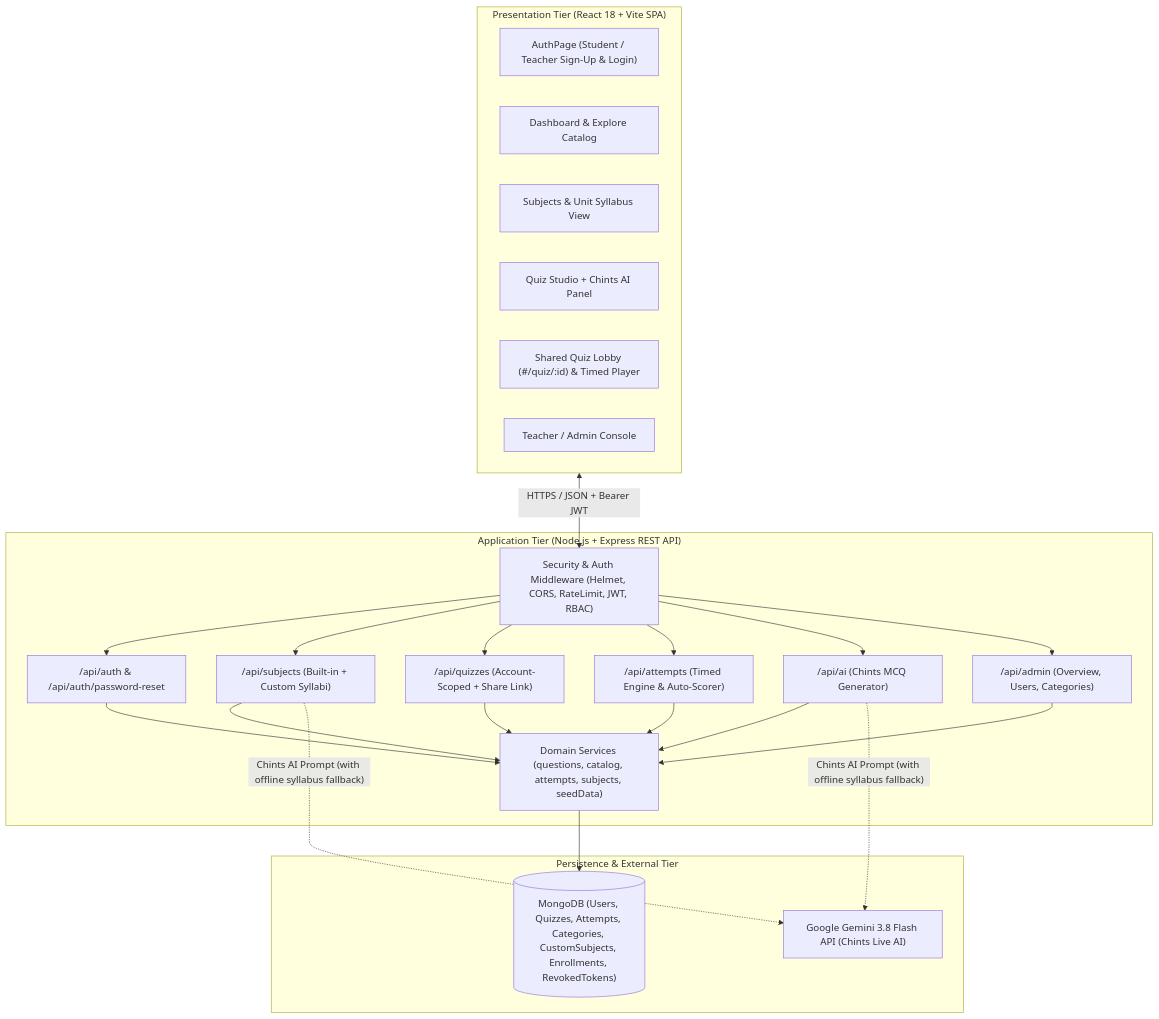
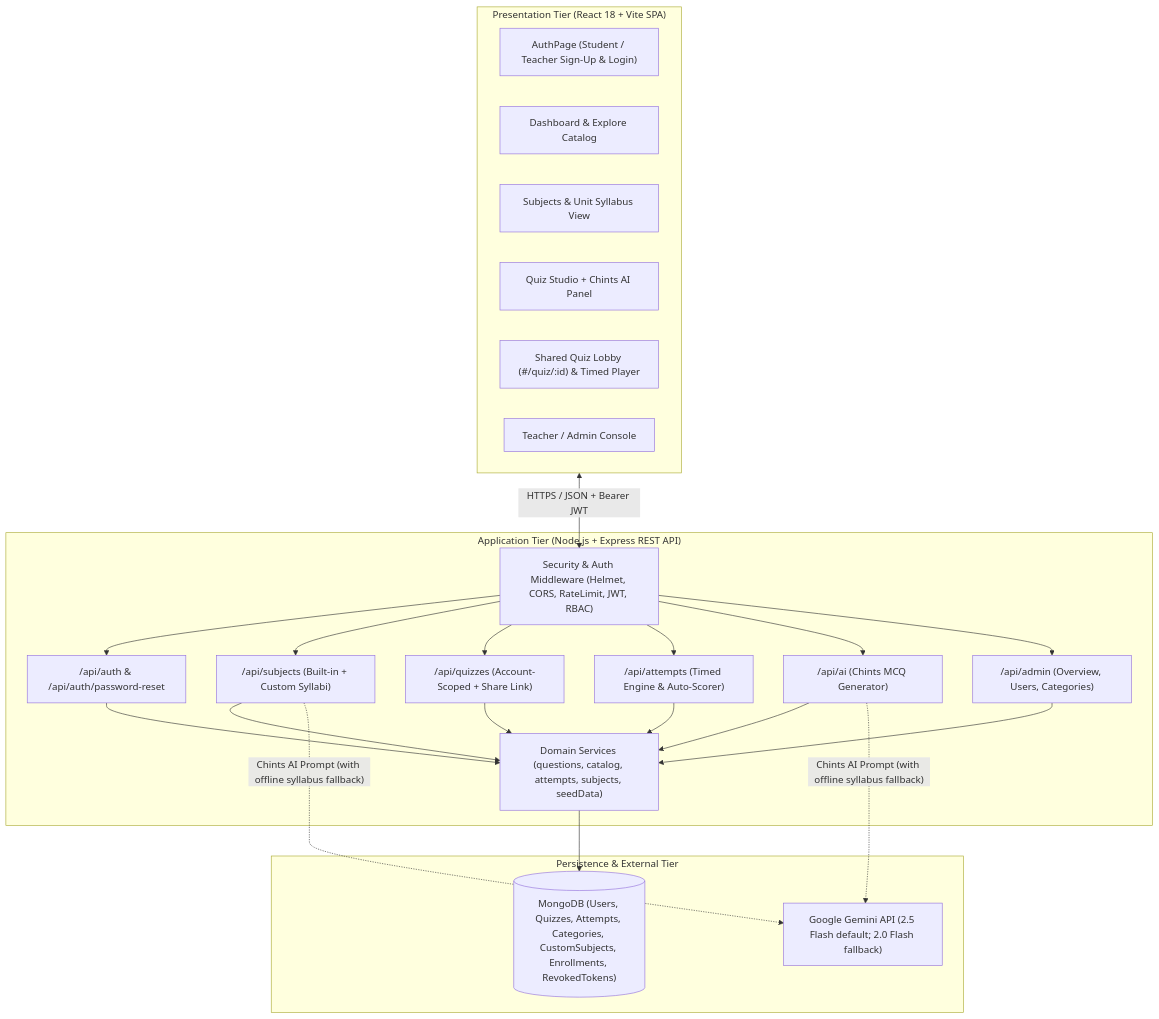
One commit to SamatmaAB/Online-Quiz-SE-Project changed the first of 3 diagrams in docs/SAD_Software_Architecture_and_Design.md. Above: the diagram before and after it, drawn with Mermaid. The commit also changed other lines of this file and 11 other files, not shown here.

````diff
--- a/docs/SAD_Software_Architecture_and_Design.md
+++ b/docs/SAD_Software_Architecture_and_Design.md
@@ -26,33 +26,33 @@
 ```mermaid
 flowchart TB
   subgraph Client["Presentation Tier (React 18 + Vite SPA)"]
     AuthUI["AuthPage (Student / Teacher Sign-Up & Login)"]
     DashUI["Dashboard & Explore Catalog"]
     SubjUI["Subjects & Unit Syllabus View"]
     StudioUI["Quiz Studio + Chints AI Panel"]
     ShareUI["Shared Quiz Lobby (#/quiz/:id) & Timed Player"]
     AdminUI["Teacher / Admin Console"]
   end
 
   subgraph Server["Application Tier (Node.js + Express REST API)"]
     MW["Security & Auth Middleware (Helmet, CORS, RateLimit, JWT, RBAC)"]
     AuthRoute["/api/auth & /api/auth/password-reset"]
     SubjRoute["/api/subjects (Built-in + Custom Syllabi)"]
     QuizRoute["/api/quizzes (Account-Scoped + Share Link)"]
     AttRoute["/api/attempts (Timed Engine & Auto-Scorer)"]
     AiRoute["/api/ai (Chints MCQ Generator)"]
     AdminRoute["/api/admin (Overview, Users, Categories)"]
     Services["Domain Services (questions, catalog, attempts, subjects, seedData)"]
   end
 
   subgraph Data["Persistence & External Tier"]
     Mongo[("MongoDB (Users, Quizzes, Attempts, Categories, CustomSubjects, Enrollments, RevokedTokens)")]
-    Gemini["Google Gemini 3.8 Flash API (Chints Live AI)"]
+    Gemini["Google Gemini API (2.5 Flash default; 2.0 Flash fallback)"]
   end
 
   Client <-->|"HTTPS / JSON + Bearer JWT"| MW
   MW --> AuthRoute & SubjRoute & QuizRoute & AttRoute & AiRoute & AdminRoute
   AuthRoute & SubjRoute & QuizRoute & AttRoute & AiRoute & AdminRoute --> Services
   Services --> Mongo
   AiRoute & SubjRoute -.->|"Chints AI Prompt (with offline syllabus fallback)"| Gemini
 ```
````
